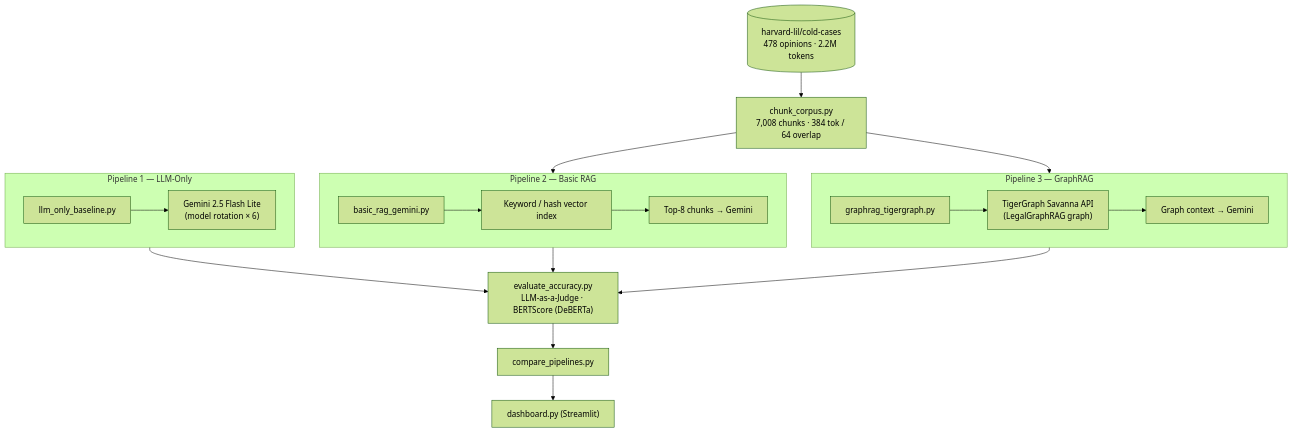
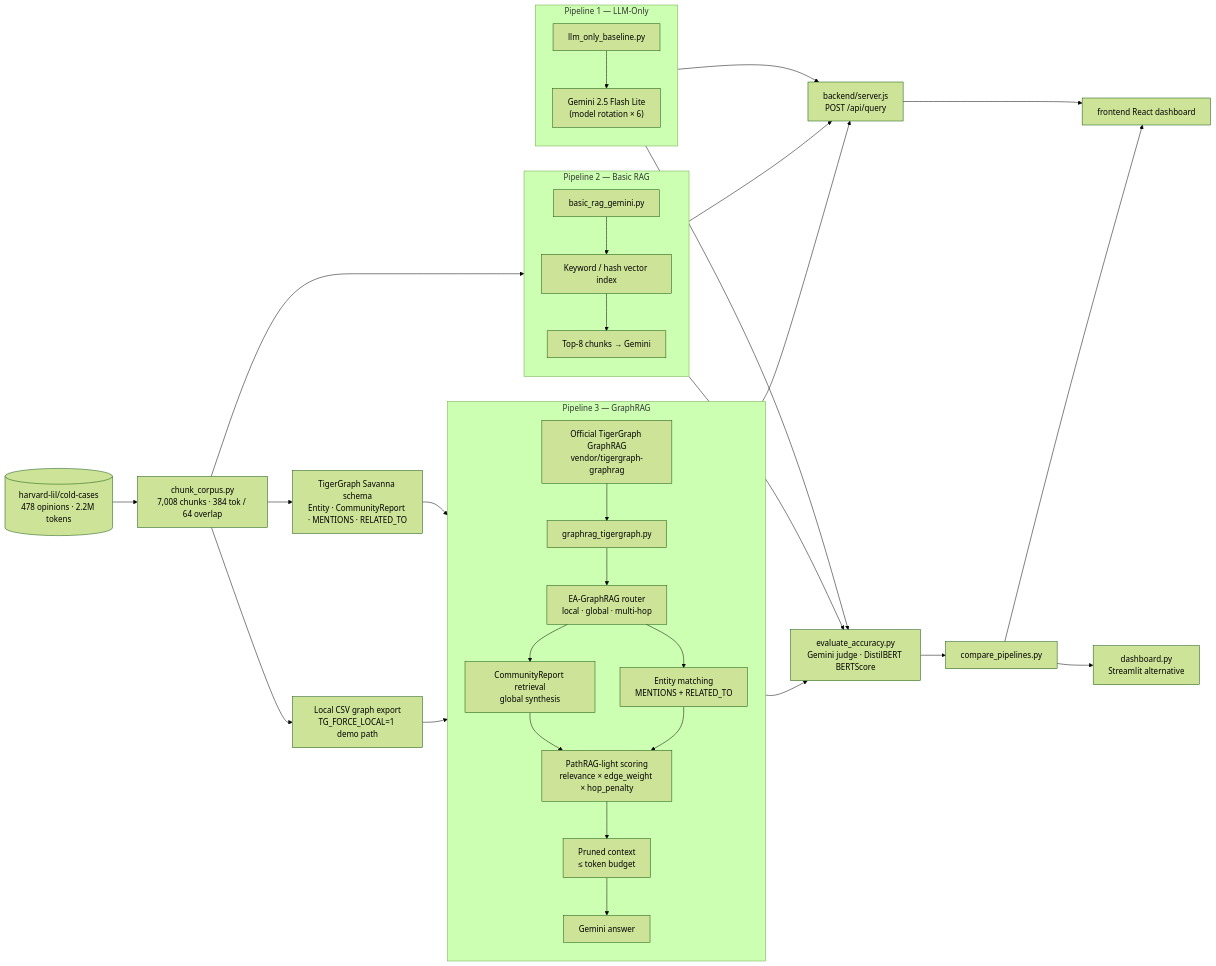
One commit to Mr-Daker/legal-graphrag-bench changed the diagram in README.md. Above: the diagram before and after it, drawn with Mermaid (forest theme). The commit also changed other lines of this file and 549 other files, not shown here.

Commit message:
Finalize LegalGraphRAG hackathon submission

````diff
--- a/README.md
+++ b/README.md
@@ -287,39 +402,62 @@
 ```mermaid
-graph TD
+graph LR
     DS[("harvard-lil/cold-cases<br/>478 opinions · 2.2M tokens")]
     CH["chunk_corpus.py<br/>7,008 chunks · 384 tok / 64 overlap"]
     DS --> CH
 
     subgraph P1["Pipeline 1 — LLM-Only"]
         L1["llm_only_baseline.py"]
         L2["Gemini 2.5 Flash Lite<br/>(model rotation × 6)"]
         L1 --> L2
     end
 
     subgraph P2["Pipeline 2 — Basic RAG"]
         R1["basic_rag_gemini.py"]
         R2["Keyword / hash vector index"]
         R3["Top-8 chunks → Gemini"]
         R1 --> R2 --> R3
     end
 
     subgraph P3["Pipeline 3 — GraphRAG"]
+        OG["Official TigerGraph GraphRAG<br/>vendor/tigergraph-graphrag"]
         G1["graphrag_tigergraph.py"]
-        G2["TigerGraph Savanna API<br/>(LegalGraphRAG graph)"]
-        G3["Graph context → Gemini"]
-        G1 --> G2 --> G3
+        RT["EA-GraphRAG router<br/>local · global · multi-hop"]
+        CR["CommunityReport retrieval<br/>global synthesis"]
+        ER["Entity matching<br/>MENTIONS + RELATED_TO"]
+        PR["PathRAG-light scoring<br/>relevance × edge_weight × hop_penalty"]
+        CTX["Pruned context<br/>≤ token budget"]
+        G3["Gemini answer"]
+        OG --> G1 --> RT
+        RT --> CR
+        RT --> ER
+        CR --> PR
+        ER --> PR
+        PR --> CTX --> G3
     end
 
+    TG["TigerGraph Savanna schema<br/>Entity · CommunityReport · MENTIONS · RELATED_TO"]
+    CSV["Local CSV graph export<br/>TG_FORCE_LOCAL=1 demo path"]
+
     CH --> P2
-    CH --> P3
+    CH --> TG
+    CH --> CSV
+    TG --> P3
+    CSV --> P3
 
-    EV["evaluate_accuracy.py<br/>LLM-as-a-Judge · BERTScore (DeBERTa)"]
+    EV["evaluate_accuracy.py<br/>Gemini judge · DistilBERT BERTScore"]
     CP["compare_pipelines.py"]
-    DB["dashboard.py (Streamlit)"]
+    API["backend/server.js<br/>POST /api/query"]
+    UI["frontend React dashboard"]
+    ST["dashboard.py<br/>Streamlit alternative"]
 
     P1 --> EV
     P2 --> EV
     P3 --> EV
     EV --> CP
-    CP --> DB
+    P1 --> API
+    P2 --> API
+    P3 --> API
+    API --> UI
+    CP --> UI
+    CP --> ST
 ```
````
